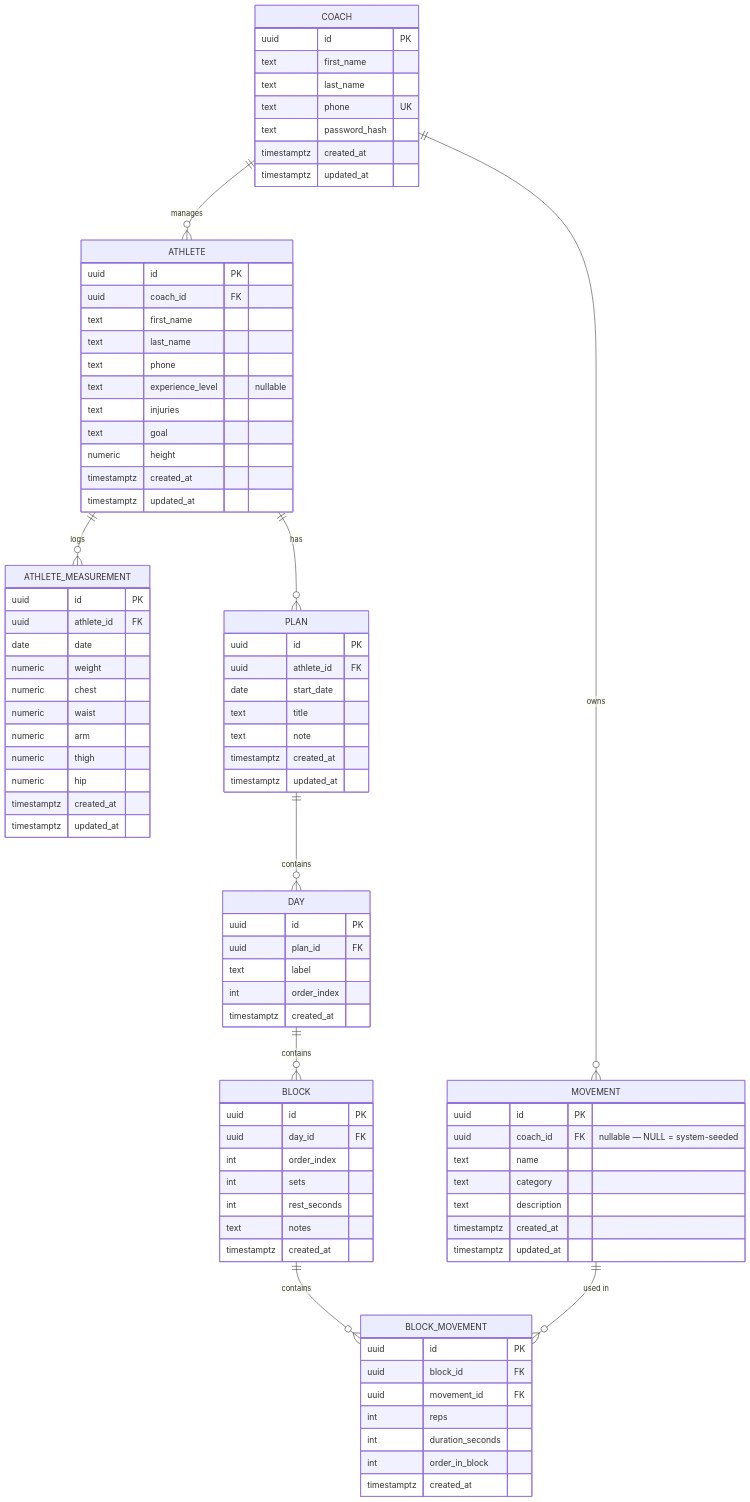
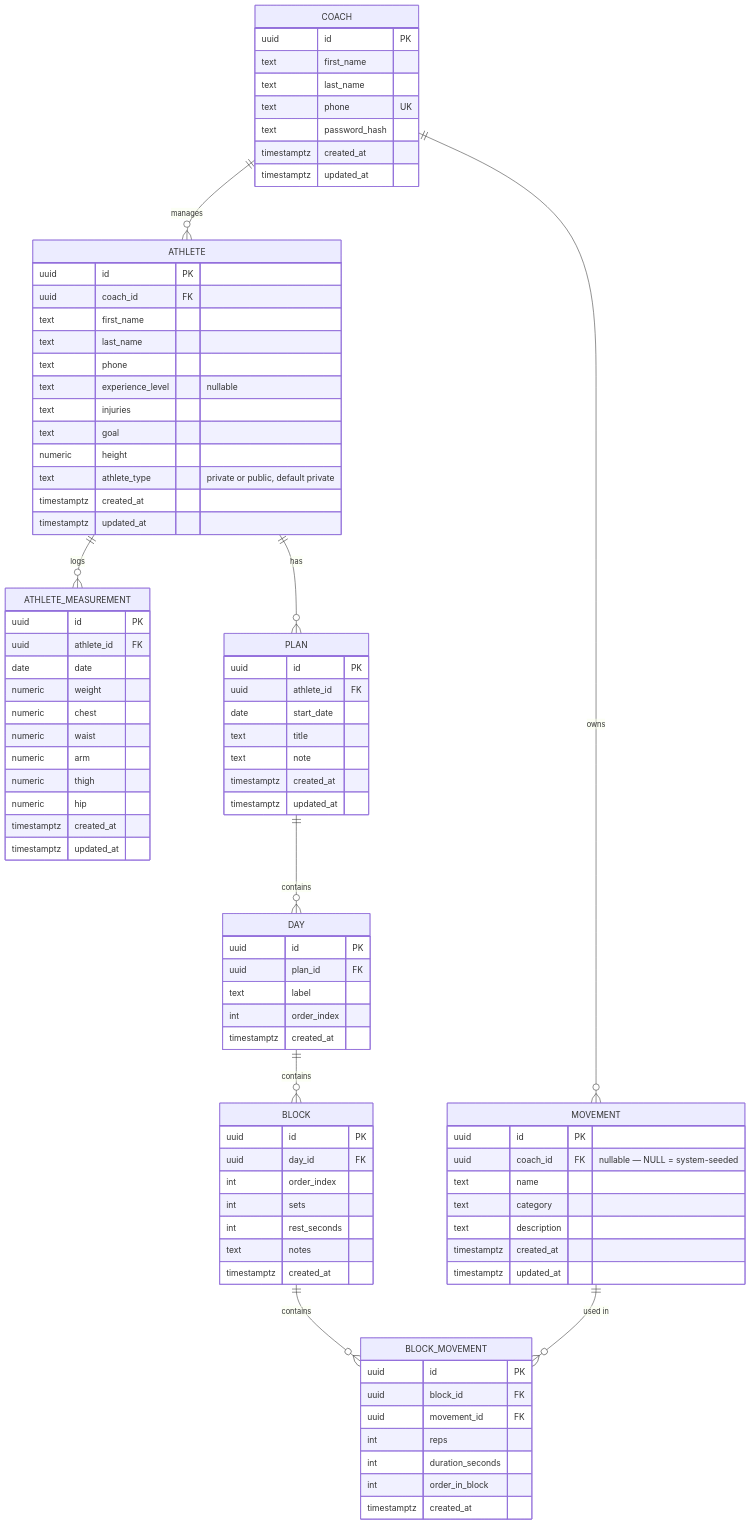
Before and after one commit to AbolfazlTayyar/GoGym: the diagram in docs/er-diagram.md, drawn with Mermaid. The commit also changed other lines of this file and 5 other files, not shown here.

Commit message:
feat: add athlete_type (private/public) to athlete schema

```diff
--- a/docs/er-diagram.md
+++ b/docs/er-diagram.md
@@ -38,6 +38,7 @@
         text injuries
         text goal
         numeric height
+        text athlete_type "private or public, default private"
         timestamptz created_at
         timestamptz updated_at
     }
```
